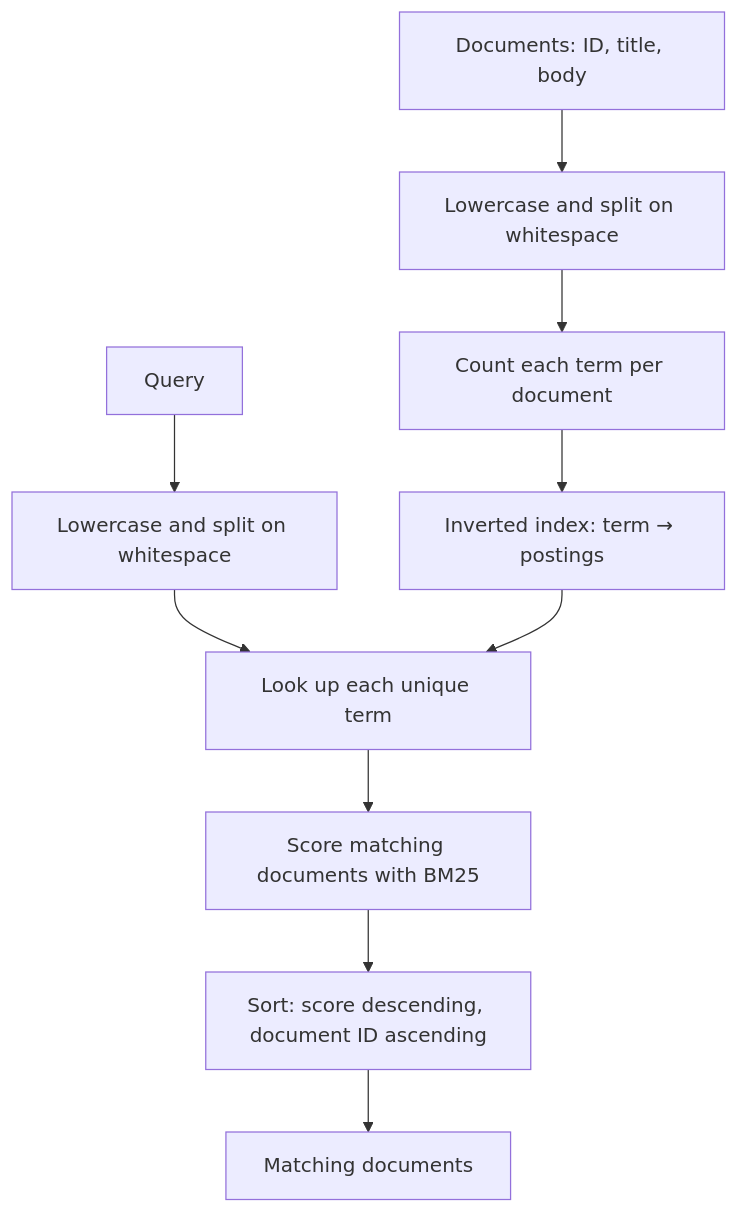
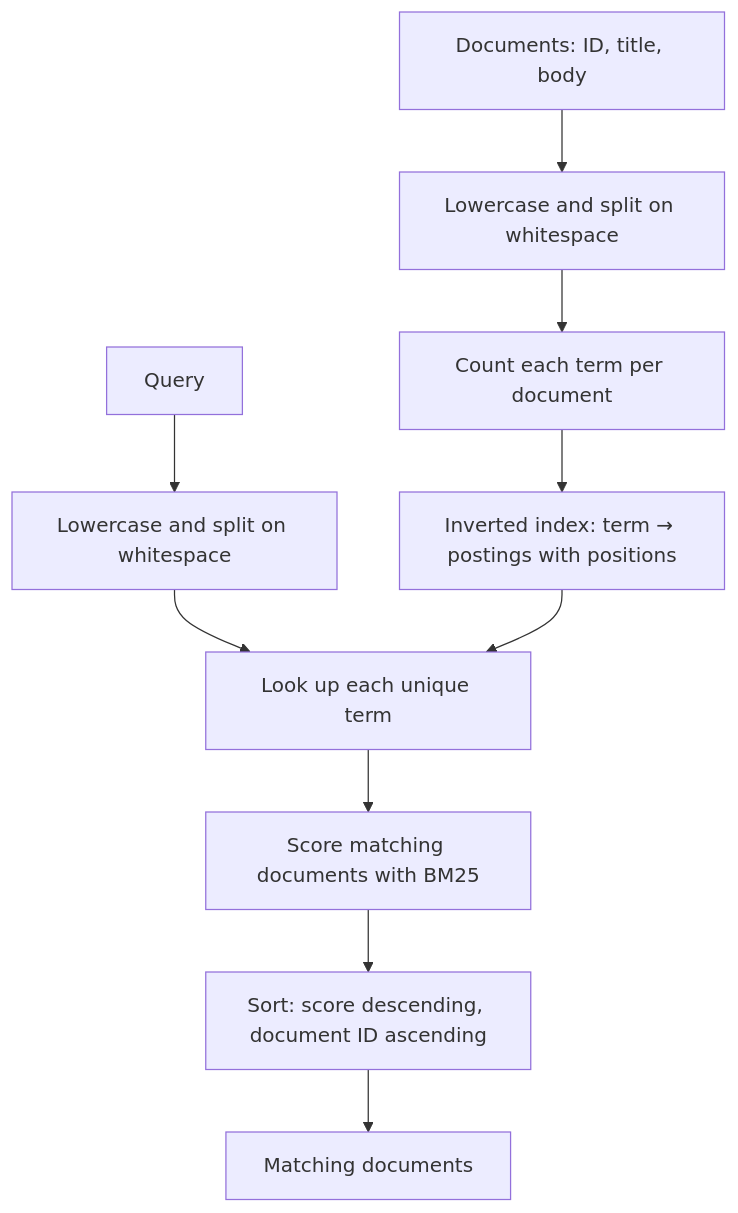
Before and after one commit to Rutujeet/minisearch: the first of 2 diagrams in docs/architecture.md, drawn with Mermaid. The commit also changed other lines of this file and 3 other files, not shown here.

````diff
--- a/docs/architecture.md
+++ b/docs/architecture.md
@@ -10,12 +10,12 @@
 ```mermaid
 flowchart TD
     A[Documents: ID, title, body] --> B[Lowercase and split on whitespace]
     B --> C[Count each term per document]
-    C --> D[Inverted index: term → postings]
+    C --> D[Inverted index: term → postings with positions]
     Q[Query] --> E[Lowercase and split on whitespace]
     E --> F[Look up each unique term]
     D --> F
     F --> G[Score matching documents with BM25]
     G --> H[Sort: score descending, document ID ascending]
     H --> R[Matching documents]
 ```
````
